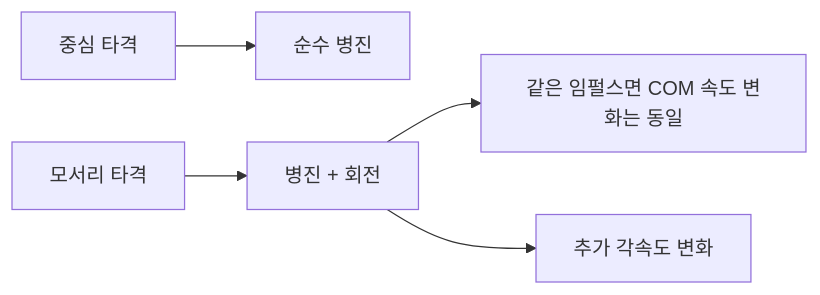
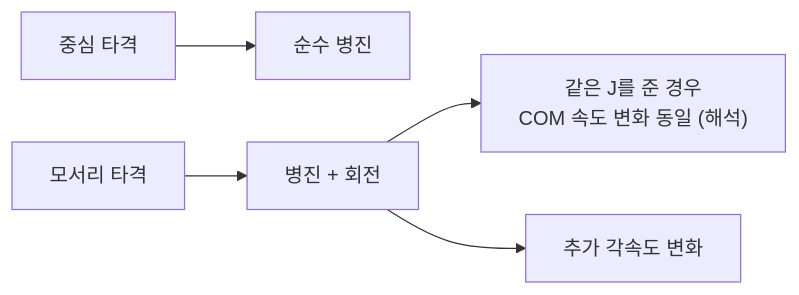
Before and after one commit to Rein-ArXiv/game-dev-curriculum: the third of 4 diagrams in physics/part08_collision_response.md, drawn with Mermaid. The commit also changed other lines of this file and 279 other files, not shown here.

````diff
--- a/physics/part08_collision_response.md
+++ b/physics/part08_collision_response.md
@@ -545,7 +557,7 @@
 ```mermaid
 flowchart LR
     CenterHit[중심 타격] --> PureTrans[순수 병진]
     EdgeHit[모서리 타격] --> Both[병진 + 회전]
-    Both --> SameImpulse[같은 임펄스면 COM 속도 변화는 동일]
+    Both --> SameImpulse["같은 J를 준 경우<br/>COM 속도 변화 동일 (해석)"]
     Both --> Rotation[추가 각속도 변화]
 ```
````
